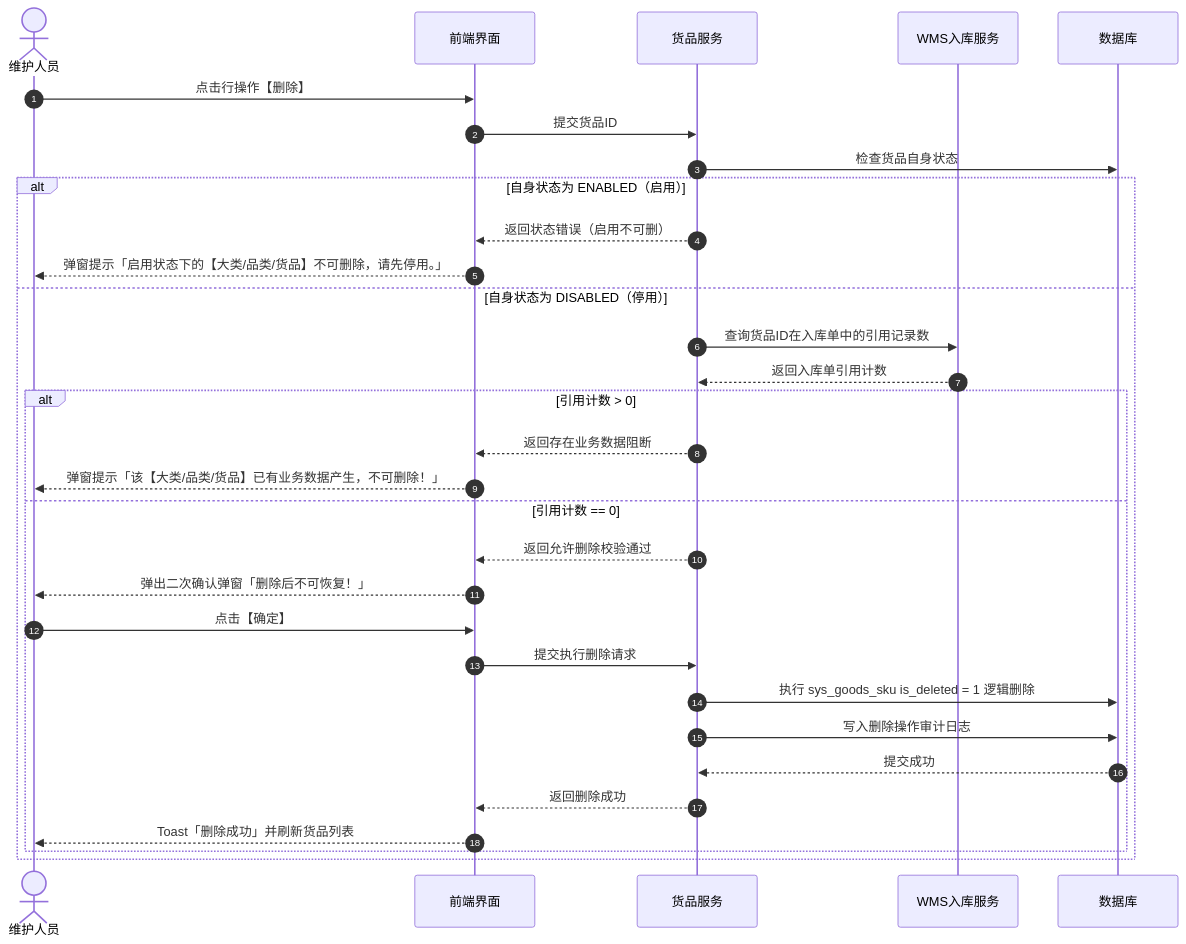
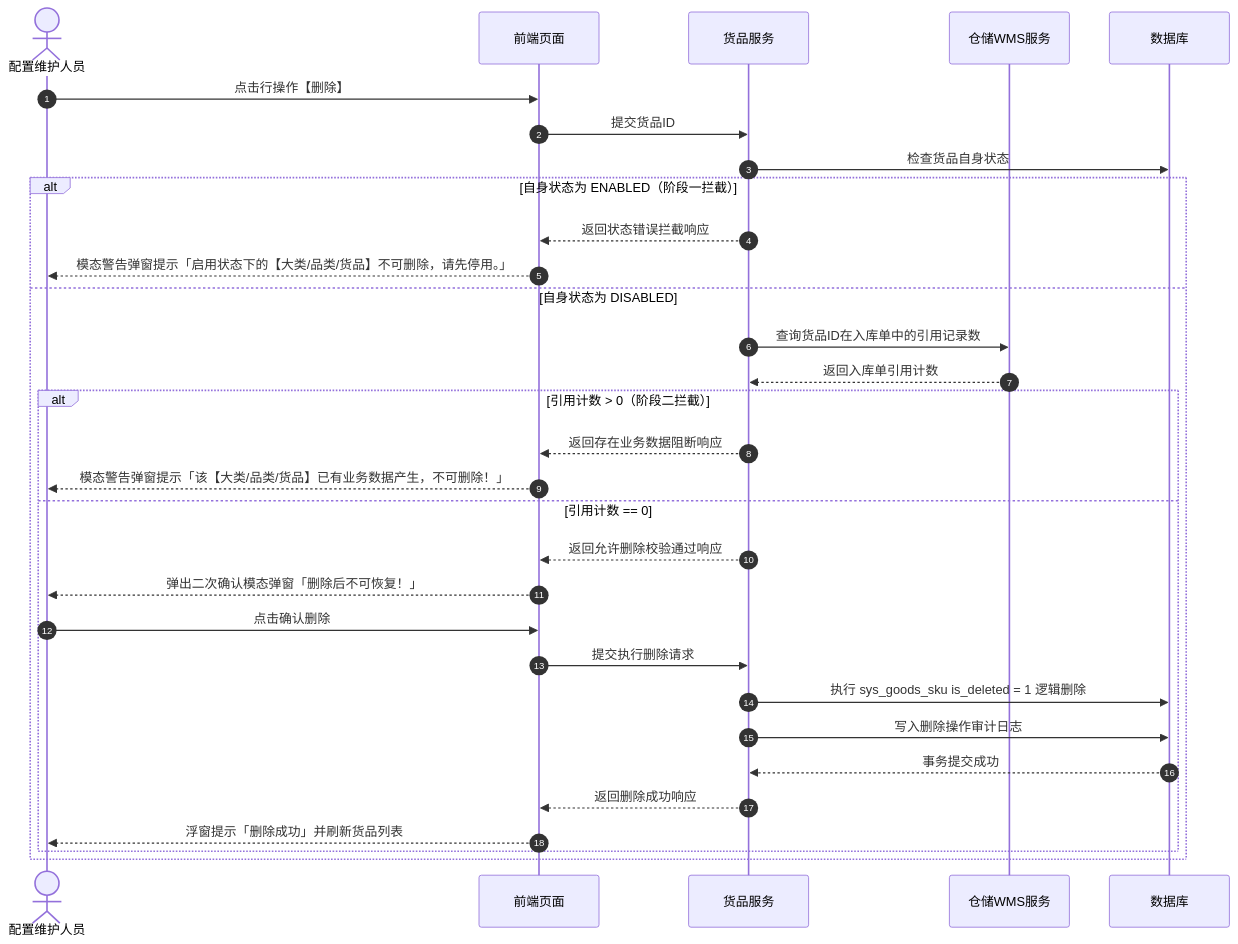
Before and after one commit to RobertHuang999/SYZC: the third of 3 diagrams in 02-PRD文档/🌟🌟🌟-最新基准版/B端PC/08-配置管理/14-货品规格管理-货品管理/货品管理业务规则规格.md, drawn with Mermaid. The commit also changed other lines of this file and 264 other files, not shown here.

````diff
--- a/02-PRD文档/🌟🌟🌟-最新基准版/B端PC/08-配置管理/14-货品规格管理-货品管理/货品管理业务规则规格.md
+++ b/02-PRD文档/🌟🌟🌟-最新基准版/B端PC/08-配置管理/14-货品规格管理-货品管理/货品管理业务规则规格.md
@@ -177,34 +186,34 @@
 ```mermaid
 sequenceDiagram
     autonumber
-    actor U as 维护人员
-    participant F as 前端界面
+    actor U as 配置维护人员
+    participant F as 前端页面
     participant B as 货品服务
-    participant W as WMS入库服务
+    participant W as 仓储WMS服务
     participant DB as 数据库
 
     U->>F: 点击行操作【删除】
     F->>B: 提交货品ID
     B->>DB: 检查货品自身状态
-    alt 自身状态为 ENABLED（启用）
-        B-->>F: 返回状态错误（启用不可删）
-        F-->>U: 弹窗提示「启用状态下的【大类/品类/货品】不可删除，请先停用。」
-    else 自身状态为 DISABLED（停用）
+    alt 自身状态为 ENABLED（阶段一拦截）
+        B-->>F: 返回状态错误拦截响应
+        F-->>U: 模态警告弹窗提示「启用状态下的【大类/品类/货品】不可删除，请先停用。」
+    else 自身状态为 DISABLED
         B->>W: 查询货品ID在入库单中的引用记录数
         W-->>B: 返回入库单引用计数
-        alt 引用计数 > 0
-            B-->>F: 返回存在业务数据阻断
-            F-->>U: 弹窗提示「该【大类/品类/货品】已有业务数据产生，不可删除！」
+        alt 引用计数 > 0（阶段二拦截）
+            B-->>F: 返回存在业务数据阻断响应
+            F-->>U: 模态警告弹窗提示「该【大类/品类/货品】已有业务数据产生，不可删除！」
         else 引用计数 == 0
-            B-->>F: 返回允许删除校验通过
-            F-->>U: 弹出二次确认弹窗「删除后不可恢复！」
-            U->>F: 点击【确定】
+            B-->>F: 返回允许删除校验通过响应
+            F-->>U: 弹出二次确认模态弹窗「删除后不可恢复！」
+            U->>F: 点击确认删除
             F->>B: 提交执行删除请求
             B->>DB: 执行 sys_goods_sku is_deleted = 1 逻辑删除
             B->>DB: 写入删除操作审计日志
-            DB-->>B: 提交成功
-            B-->>F: 返回删除成功
-            F-->>U: Toast「删除成功」并刷新货品列表
+            DB-->>B: 事务提交成功
+            B-->>F: 返回删除成功响应
+            F-->>U: 浮窗提示「删除成功」并刷新货品列表
         end
     end
 ```
````
